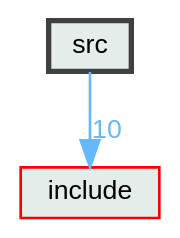
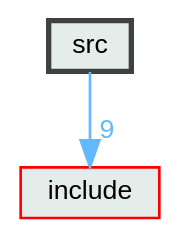
Before and after one commit to Juanki0396/ral: the diagram in docs/dir_68267d1309a1af8e8297ef4c3efbcdba_dep.dot, drawn with Graphviz. The commit also changed 69 other files, not shown here.

```diff
--- a/docs/dir_68267d1309a1af8e8297ef4c3efbcdba_dep.dot
+++ b/docs/dir_68267d1309a1af8e8297ef4c3efbcdba_dep.dot
@@ -1,11 +1,11 @@
 digraph "src"
 {
  // LATEX_PDF_SIZE
   bgcolor="transparent";
   edge [fontname=Helvetica,fontsize=10,labelfontname=Helvetica,labelfontsize=10];
   node [fontname=Helvetica,fontsize=10,shape=box,height=0.2,width=0.4];
   compound=true
   dir_68267d1309a1af8e8297ef4c3efbcdba [label="src", fillcolor="#e4edea", color="grey25", style="filled,bold", URL="dir_68267d1309a1af8e8297ef4c3efbcdba.html",tooltip=""];
   dir_d44c64559bbebec7f509842c48db8b23 [label="include", fillcolor="#e4edea", color="red", style="filled", URL="dir_d44c64559bbebec7f509842c48db8b23.html",tooltip=""];
-  dir_68267d1309a1af8e8297ef4c3efbcdba->dir_d44c64559bbebec7f509842c48db8b23 [headlabel="10", labeldistance=1.5 headhref="dir_000002_000000.html" href="dir_000002_000000.html" color="steelblue1" fontcolor="steelblue1"];
+  dir_68267d1309a1af8e8297ef4c3efbcdba->dir_d44c64559bbebec7f509842c48db8b23 [headlabel="9", labeldistance=1.5 headhref="dir_000002_000000.html" href="dir_000002_000000.html" color="steelblue1" fontcolor="steelblue1"];
 }
```
